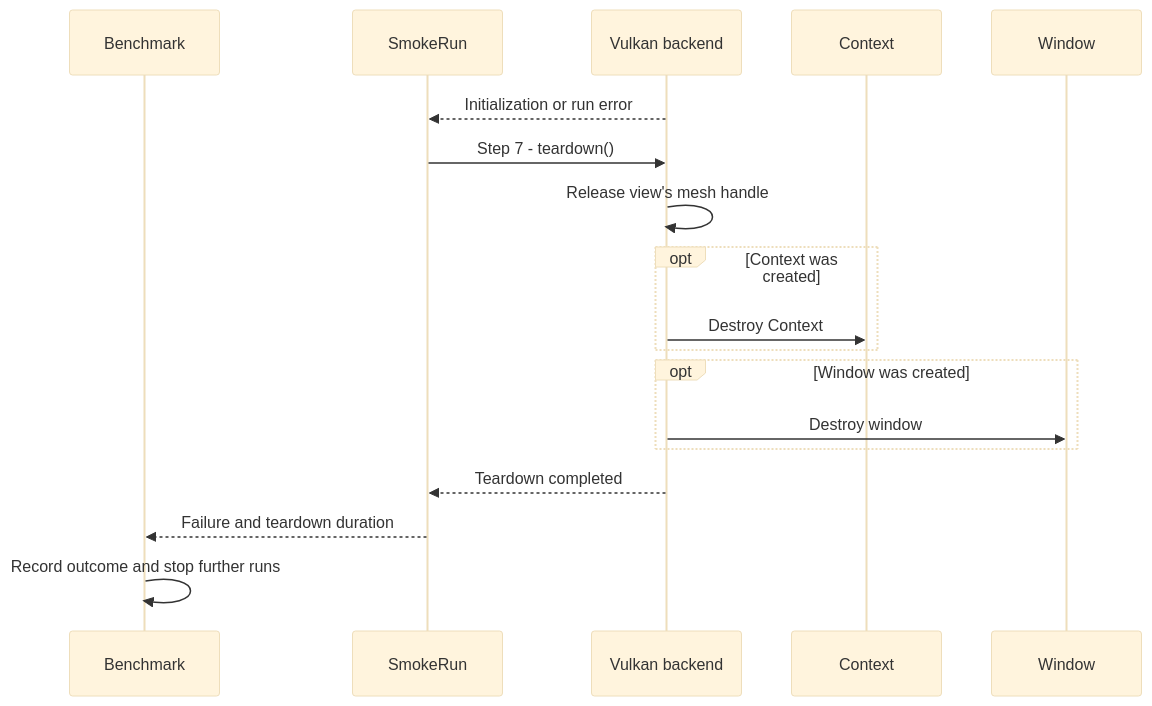
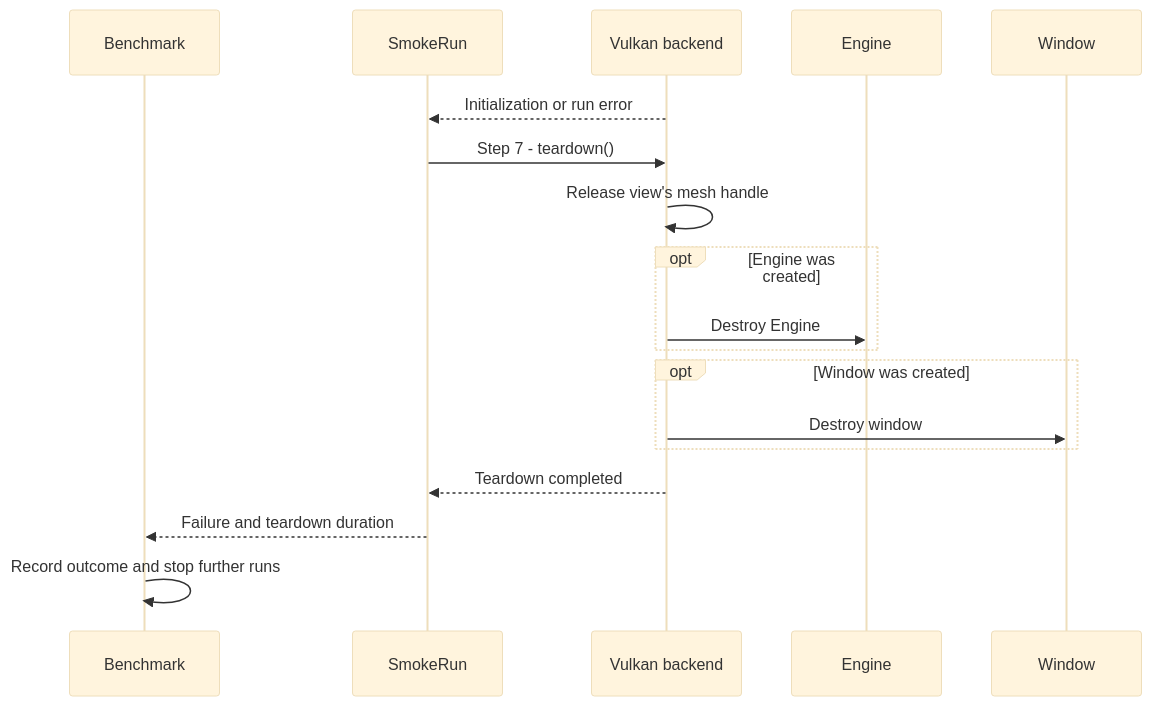
One commit to a-soltysik/Panda changed the second of 2 diagrams in docs/use-cases/benchmark-smoke-run.md. Above: the diagram before and after it, drawn with Mermaid (base theme). The commit also changed other lines of this file and 158 other files, not shown here.

Commit message:
Refactor Vulkan Context API to Engine (#120)

````diff
--- a/docs/use-cases/benchmark-smoke-run.md
+++ b/docs/use-cases/benchmark-smoke-run.md
@@ -194,20 +194,20 @@
 ```mermaid
 sequenceDiagram
     participant M as Benchmark
     participant S as SmokeRun
     participant B as Vulkan backend
-    participant C as Context
+    participant C as Engine
     participant W as Window
     B -->> S: Initialization or run error
     S ->> B: Step 7 - teardown()
     B ->> B: Release view's mesh handle
-    opt Context was created
-        B ->> C: Destroy Context
+    opt Engine was created
+        B ->> C: Destroy Engine
     end
     opt Window was created
         B ->> W: Destroy window
     end
     B -->> S: Teardown completed
     S -->> M: Failure and teardown duration
     M ->> M: Record outcome and stop further runs
 ```
````
